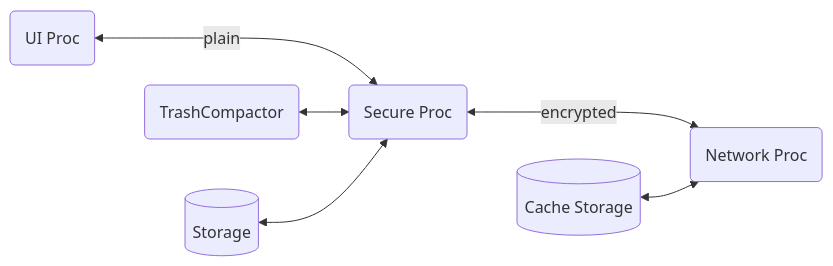
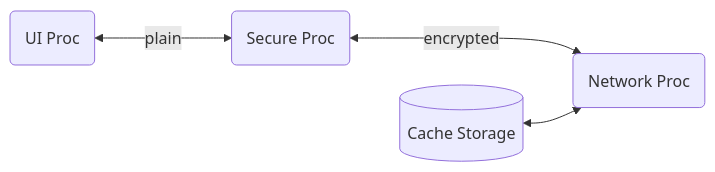
Before and after one commit to Quicr/new-qmsg: the second of 2 diagrams in doc/arch.md, drawn with Mermaid. The commit also changed other lines of this file and 3 other files, not shown here.

````diff
--- a/doc/arch.md
+++ b/doc/arch.md
@@ -41,9 +41,7 @@
 ```mermaid
 flowchart LR
     UI(UI Proc) <-- plain ---> SEC
     SEC(Secure Proc) <-- encrypted ---> NET
     NET(Network Proc)
-    COMP(TrashCompactor) <--> SEC
-    STOR[(Storage)] <--> SEC
     CACHE[(Cache Storage)] <--> NET
 ```
````
